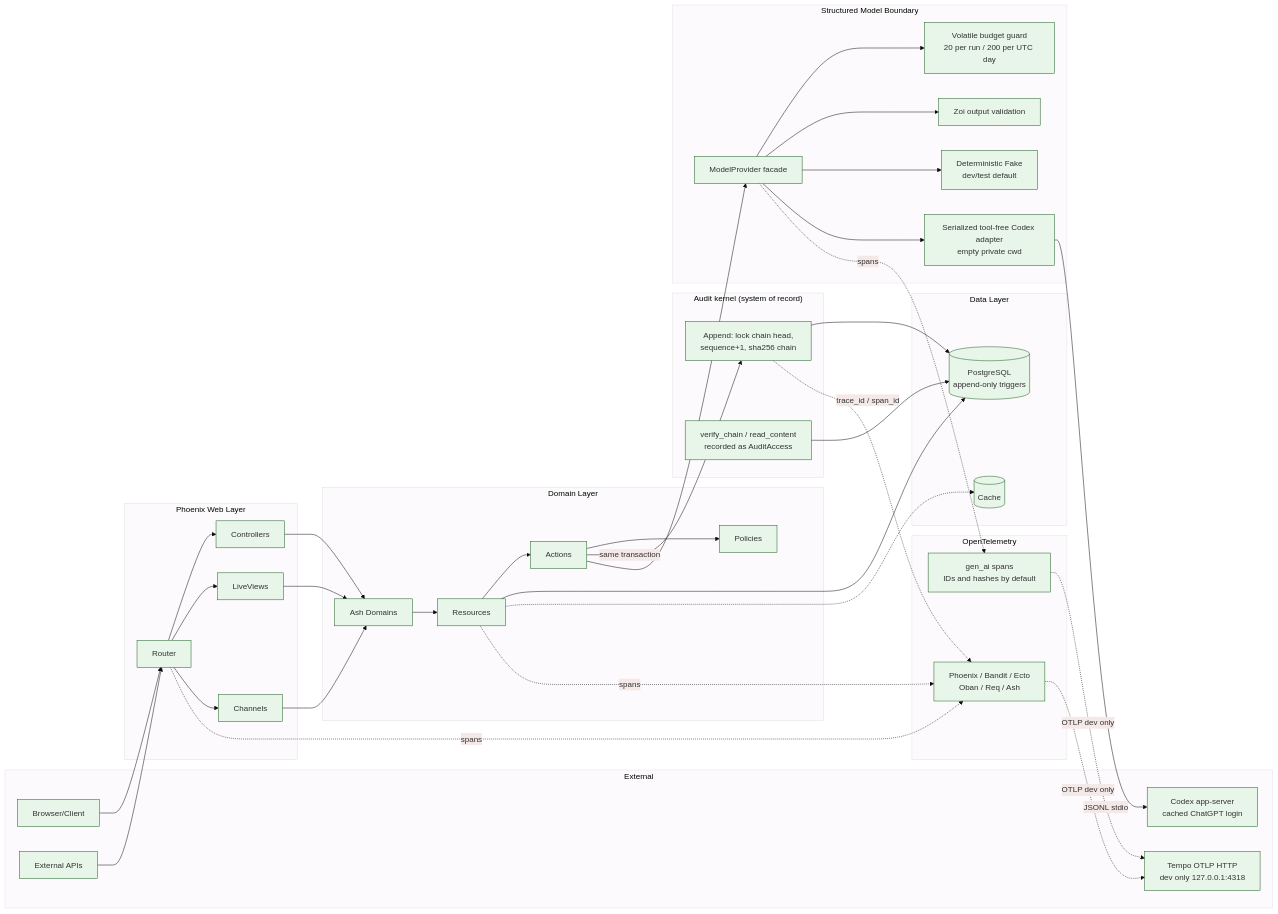
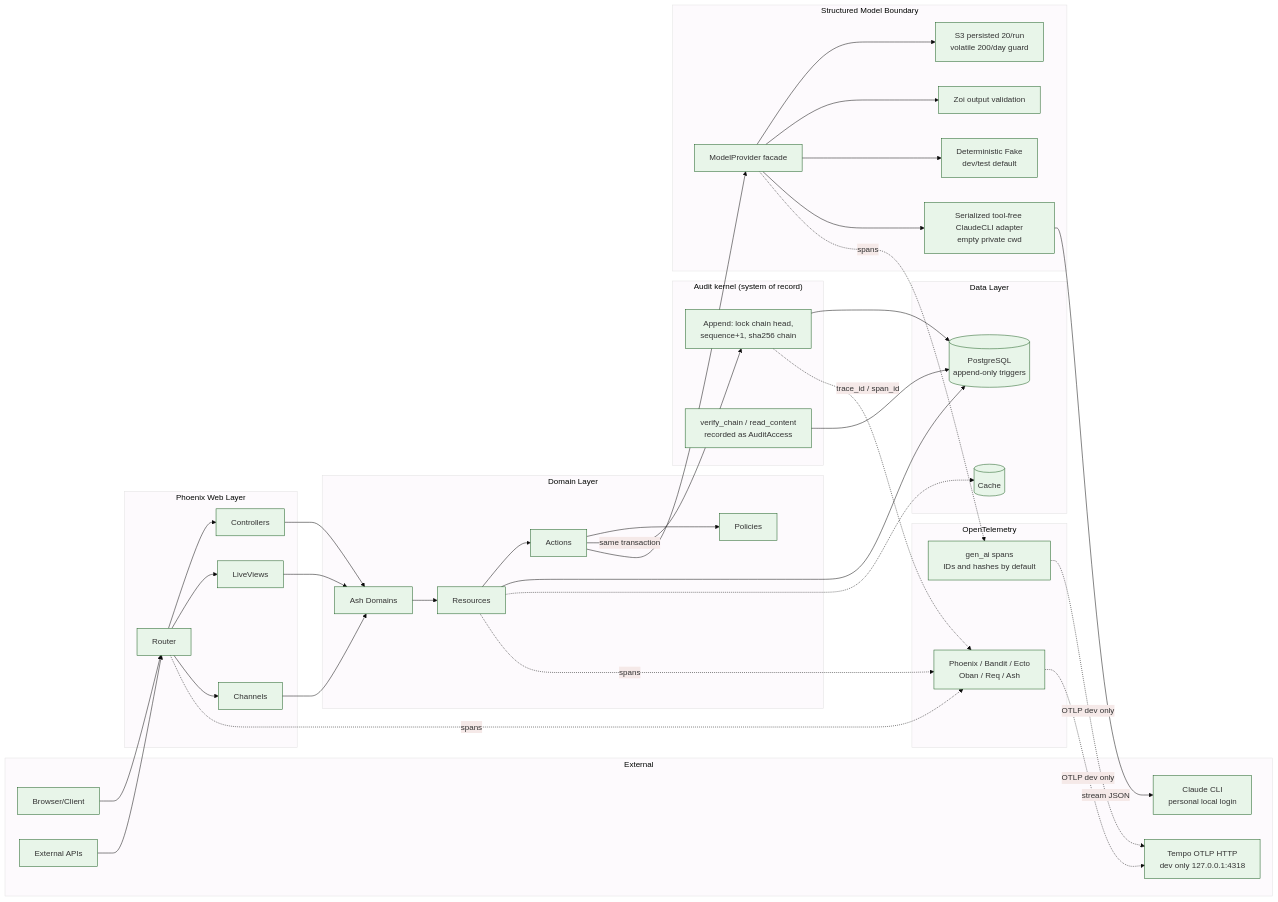
The diagram in docs/architecture/data-flow.md (chops/sdr_agent), drawn with Mermaid before and after one commit. The commit also changed other lines of this file and 17 other files, not shown here.

Commit message:
Pivot model provider to attested Claude CLI

````diff
--- a/docs/architecture/data-flow.md
+++ b/docs/architecture/data-flow.md
@@ -9,80 +9,80 @@
 ```mermaid
 %%{init: {'theme': 'base', 'themeVariables': { 'primaryColor': '#e8f5e9', 'primaryBorderColor': '#1b5e20'}}}%%
 flowchart LR
     subgraph External["External"]
         Browser[Browser/Client]
         API[External APIs]
-        Codex[Codex app-server<br/>cached ChatGPT login]
+        Claude[Claude CLI<br/>personal local login]
         Tempo[Tempo OTLP HTTP<br/>dev only 127.0.0.1:4318]
     end
 
     subgraph Web["Phoenix Web Layer"]
         Router[Router]
         Controllers[Controllers]
         LiveViews[LiveViews]
         Channels[Channels]
     end
 
     subgraph Domain["Domain Layer"]
         Domains[Ash Domains]
         Resources[Resources]
         Actions[Actions]
         Policies[Policies]
     end
 
     subgraph AuditKernel["Audit kernel (system of record)"]
         Append[Append: lock chain head,<br/>sequence+1, sha256 chain]
         Verify[verify_chain / read_content<br/>recorded as AuditAccess]
     end
 
     subgraph Data["Data Layer"]
         Postgres[(PostgreSQL<br/>append-only triggers)]
         Cache[(Cache)]
     end
 
     subgraph AI["Structured Model Boundary"]
         Provider[ModelProvider facade]
-        Budget[Volatile budget guard<br/>20 per run / 200 per UTC day]
+        Budget[S3 persisted 20/run<br/>volatile 200/day guard]
         Validation[Zoi output validation]
-        Adapter[Serialized tool-free Codex adapter<br/>empty private cwd]
+        Adapter[Serialized tool-free ClaudeCLI adapter<br/>empty private cwd]
         Fake[Deterministic Fake<br/>dev/test default]
     end
 
     subgraph Observability["OpenTelemetry"]
         Instrumentation[Phoenix / Bandit / Ecto<br/>Oban / Req / Ash]
         GenAI[gen_ai spans<br/>IDs and hashes by default]
     end
 
     Browser --> Router
     API --> Router
     Router --> Controllers
     Router --> LiveViews
     Router --> Channels
     Controllers --> Domains
     LiveViews --> Domains
     Channels --> Domains
     Domains --> Resources
     Resources --> Actions
     Actions --> Policies
     Resources --> Postgres
     Actions -- same transaction --> Append
     Append --> Postgres
     Verify --> Postgres
     Append -. trace_id / span_id .-> Instrumentation
     Resources -.-> Cache
     Actions --> Provider
     Provider --> Budget
     Provider --> Validation
     Provider --> Fake
     Provider --> Adapter
-    Adapter -- JSONL stdio --> Codex
+    Adapter -- stream JSON --> Claude
     Router -. spans .-> Instrumentation
     Resources -. spans .-> Instrumentation
     Provider -. spans .-> GenAI
     Instrumentation -. OTLP dev only .-> Tempo
     GenAI -. OTLP dev only .-> Tempo
 
     %% Project shape: single
     %% Detected data layers:
     %% - AshPostgres (PostgreSQL)
 ```
````
